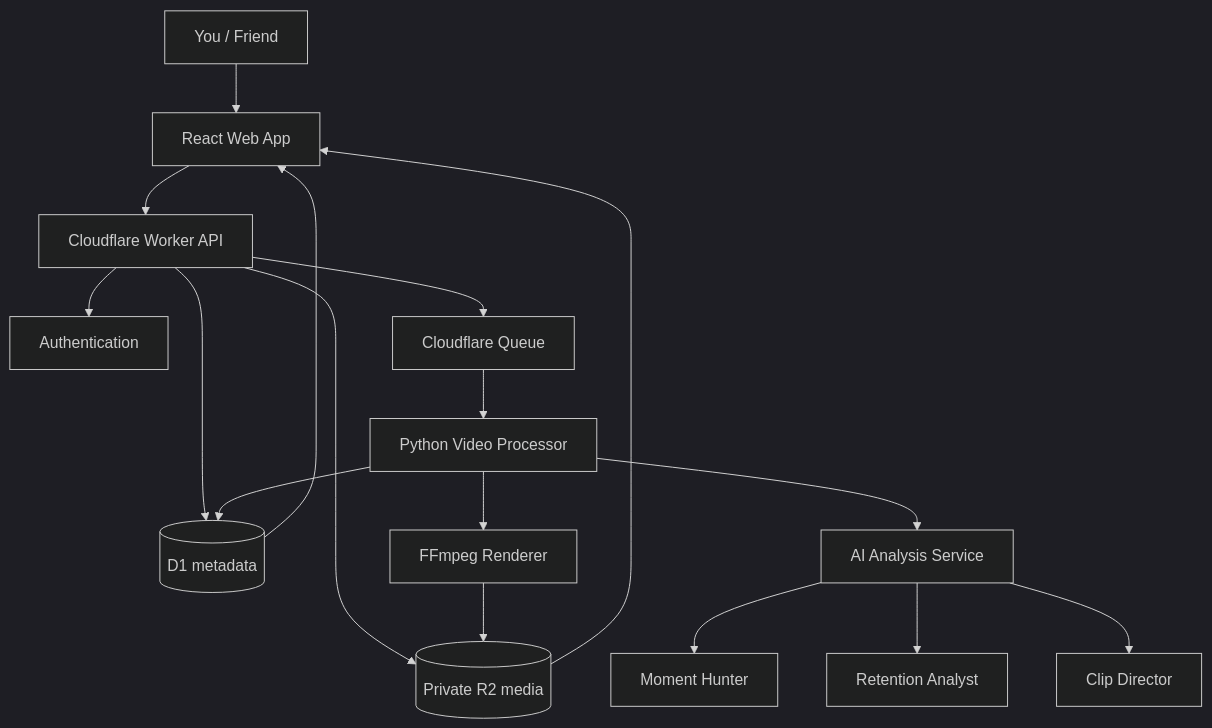
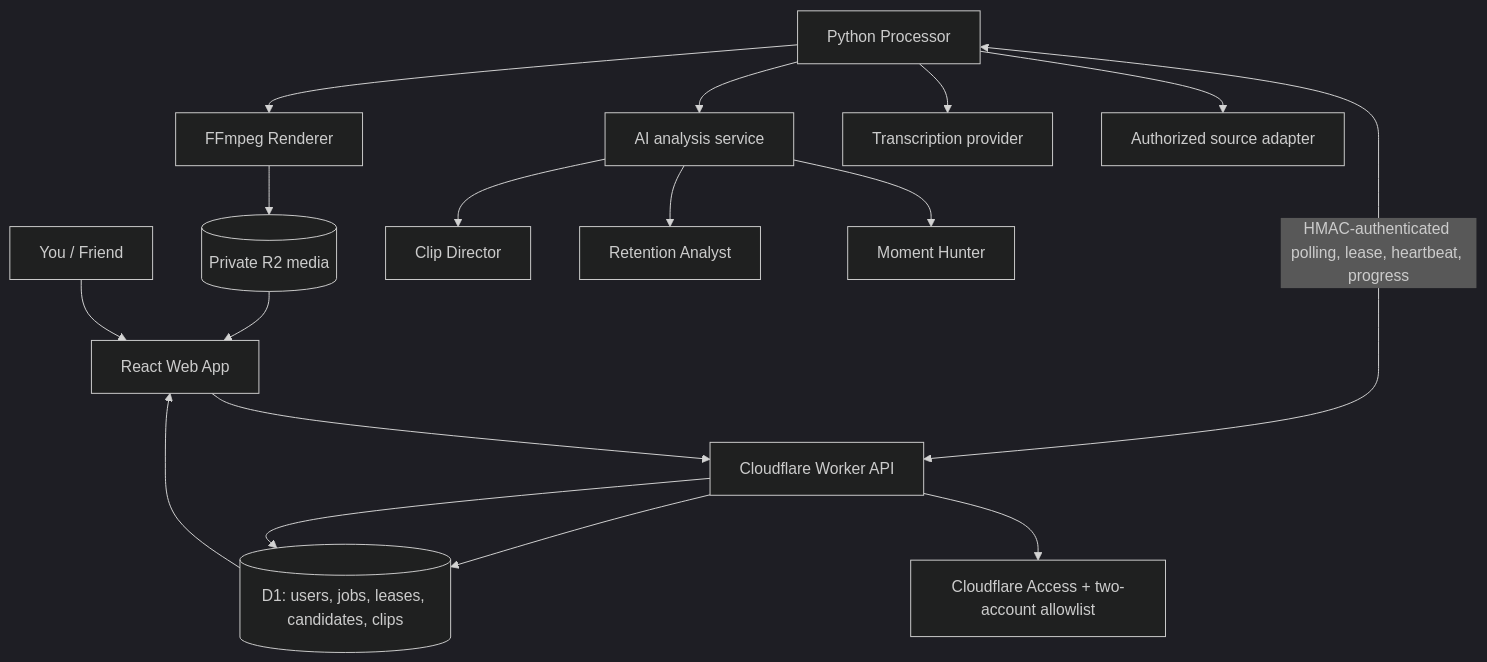
The diagram in docs/ARCHITECTURE.md (prasunmukherjeeee28-ops/ClipForge-AI), drawn with Mermaid (dark theme) before and after one commit. The commit also changed other lines of this file, not shown here.

Commit message:
Update architecture for D1-backed Python polling

````diff
--- a/docs/ARCHITECTURE.md
+++ b/docs/ARCHITECTURE.md
@@ -7,19 +7,19 @@
 ```mermaid
 flowchart TD
  U[You / Friend] --> WEB[React Web App]
  WEB --> API[Cloudflare Worker API]
- API --> AUTH[Authentication]
- API --> DB[(D1 metadata)]
- API --> R2[(Private R2 media)]
- API --> Q[Cloudflare Queue]
- Q --> P[Python Video Processor]
- P --> AI[AI Analysis Service]
+ API --> AUTH[Cloudflare Access + two-account allowlist]
+ API --> DB[(D1: users, jobs, leases, candidates, clips)]
+ PY[Python Processor] <-->|HMAC-authenticated polling, lease, heartbeat, progress| API
+ PY --> SRC[Authorized source adapter]
+ PY --> ASR[Transcription provider]
+ PY --> AI[AI analysis service]
  AI --> MH[Moment Hunter]
  AI --> RA[Retention Analyst]
  AI --> CD[Clip Director]
- P --> FF[FFmpeg Renderer]
- FF --> R2
- P --> DB
+ PY --> FF[FFmpeg Renderer]
+ FF --> R2[(Private R2 media)]
+ API --> DB
  DB --> WEB
  R2 --> WEB
 ```
````
